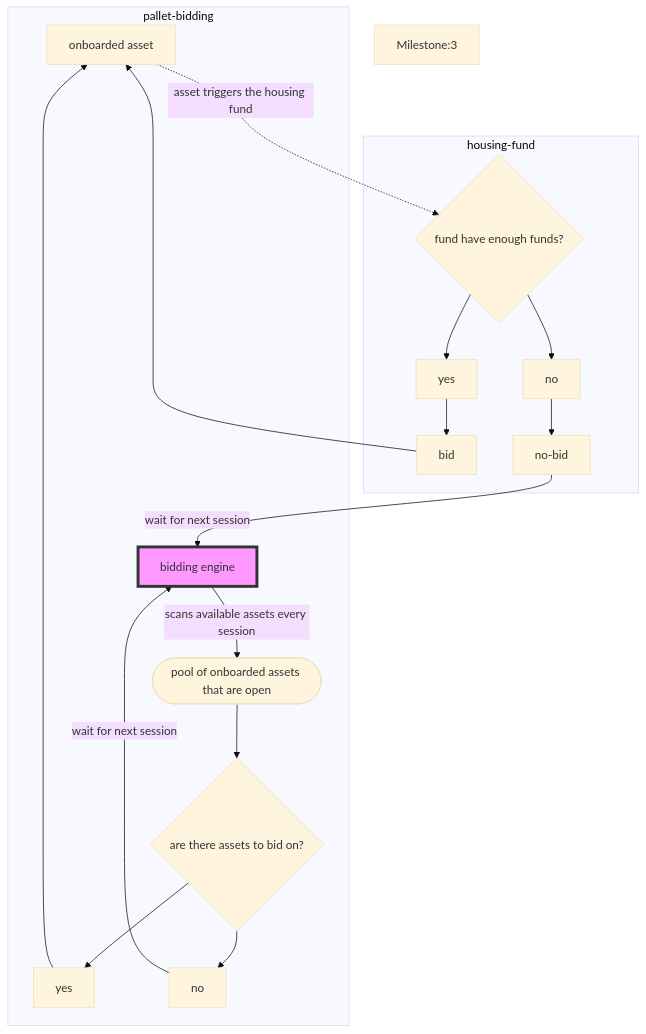
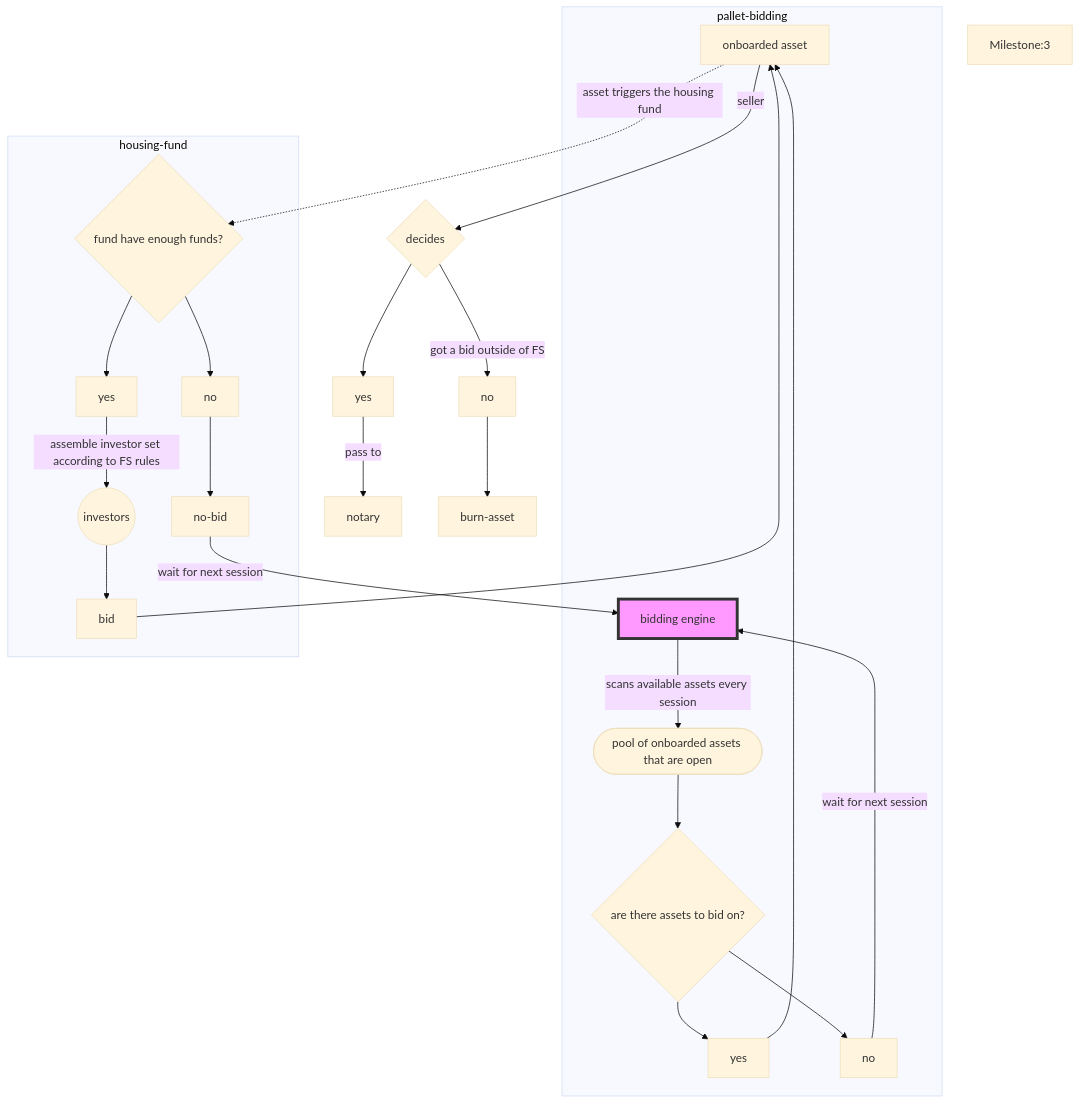
One commit to w3f/Grants-Program changed the fourth of 5 diagrams in applications/fair_squares.md. Above: the diagram before and after it, drawn with Mermaid (base theme). The commit also changed other lines of this file, not shown here.

````diff
--- a/applications/fair_squares.md
+++ b/applications/fair_squares.md
@@ -412,25 +412,31 @@
 ```mermaid
 flowchart
 Milestone:3
     A[onboarded asset]
     Z[housing fund]
     subgraph pallet-bidding
     B[bidding engine] -->|scans available assets every session| C([pool of onboarded assets that are open])
     C --> D{are there assets to bid on?}
     D --> E[yes] 
     D --> F[no]
     E --> A
     F -->|wait for next session| B
     end
     subgraph housing-fund
     A .->|asset triggers the housing fund | Z{fund have enough funds?}
     Z --> Y[yes]
+    Y --> |assemble investor set according to FS rules| IS((investors))
     Z --> X[no]
-    Y --> I[bid]
+    IS --> I[bid]
     I --> A
     X --> R[no-bid]
     R -->|wait for next session|B
+    end
+    A --> |seller| S{decides}
+    S --> yes
+    yes -->|pass to| notary
+    S -->|got a bid outside of FS| no
+    no --> burn-asset
 
 style B fill:#f9f,stroke:#333,stroke-width:4px
-    end
 ```
````
